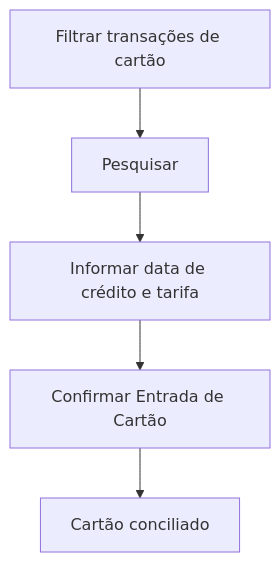
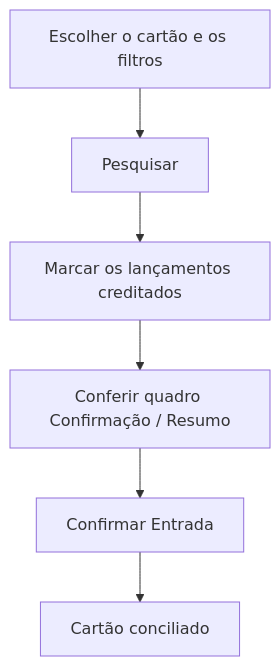
Before and after one commit to rlopeslameira/harpia-docs: the diagram in docs/financeiro/entrada-cartao.md, drawn with Mermaid. The commit also changed other lines of this file and 56 other files, not shown here.

````diff
--- a/docs/financeiro/entrada-cartao.md
+++ b/docs/financeiro/entrada-cartao.md
@@ -89,7 +103,8 @@
 ```mermaid
 flowchart TD
-    A[Filtrar transações de cartão] --> B[Pesquisar]
-    B --> C[Informar data de crédito e tarifa]
-    C --> D[Confirmar Entrada de Cartão]
-    D --> E[Cartão conciliado]
+    A[Escolher o cartão e os filtros] --> B[Pesquisar]
+    B --> C[Marcar os lançamentos creditados]
+    C --> D[Conferir quadro Confirmação / Resumo]
+    D --> E[Confirmar Entrada]
+    E --> F[Cartão conciliado]
 ```
````
